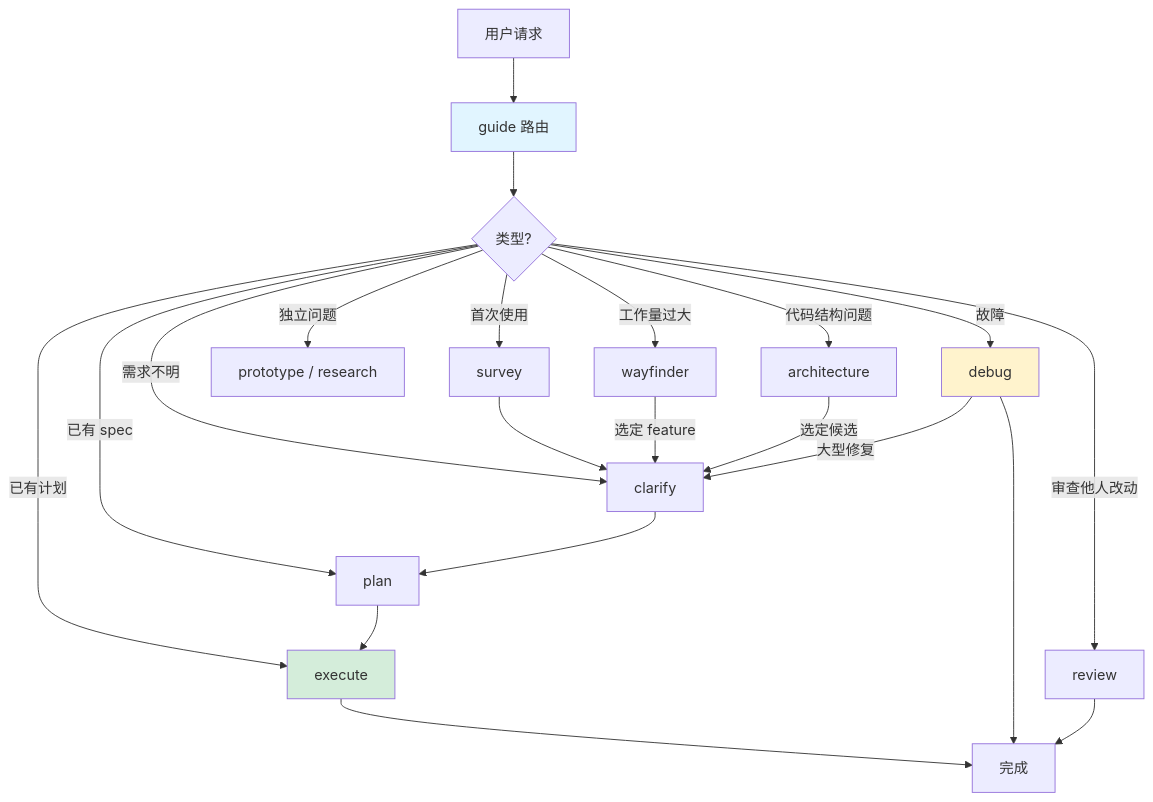
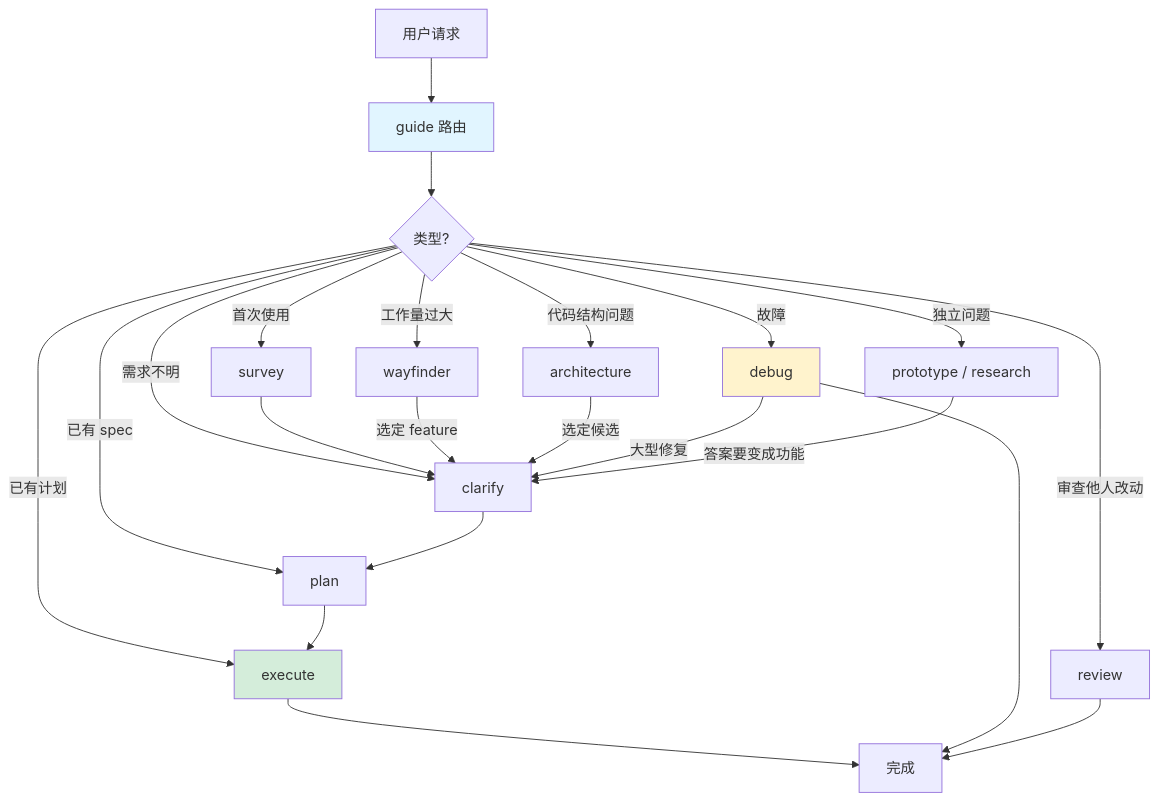
One commit to iron6909/coding-skills changed the diagram in README.md. Above: the diagram before and after it, drawn with Mermaid. The commit also changed other lines of this file and 19 other files, not shown here.

````diff
--- a/README.md
+++ b/README.md
@@ -27,28 +27,29 @@
 ```mermaid
 graph TD
     A[用户请求] --> B[guide 路由]
     B --> C{类型?}
     C -->|首次使用| D[survey]
     C -->|需求不明| E[clarify]
     C -->|已有 spec| F[plan]
     C -->|已有计划| G[execute]
     C -->|故障| H[debug]
     C -->|审查他人改动| I[review]
     C -->|工作量过大| K[wayfinder]
     C -->|独立问题| L[prototype / research]
     C -->|代码结构问题| M[architecture]
 
     D --> E
     E --> F
     F --> G
     G --> J[完成]
     H --> J
     I --> J
     K -->|选定 feature| E
     M -->|选定候选| E
     H -->|大型修复| E
+    L -->|答案要变成功能| E
 
     style B fill:#e1f5ff
     style G fill:#d4edda
     style H fill:#fff3cd
 ```
````
